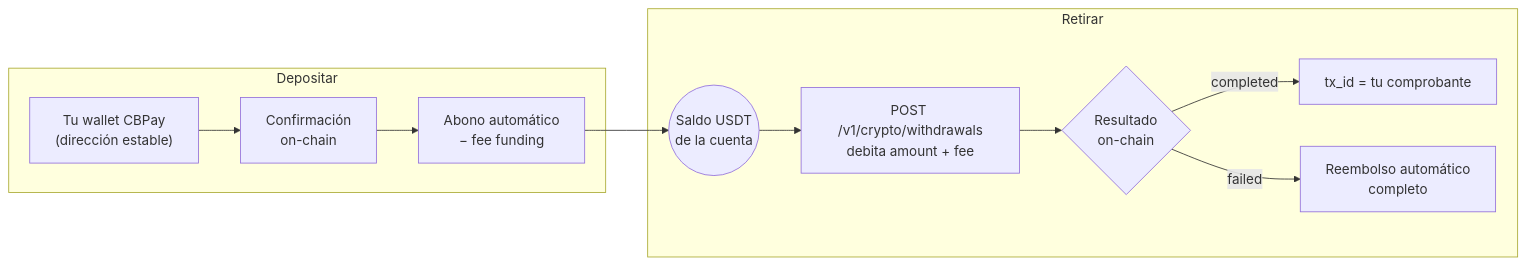
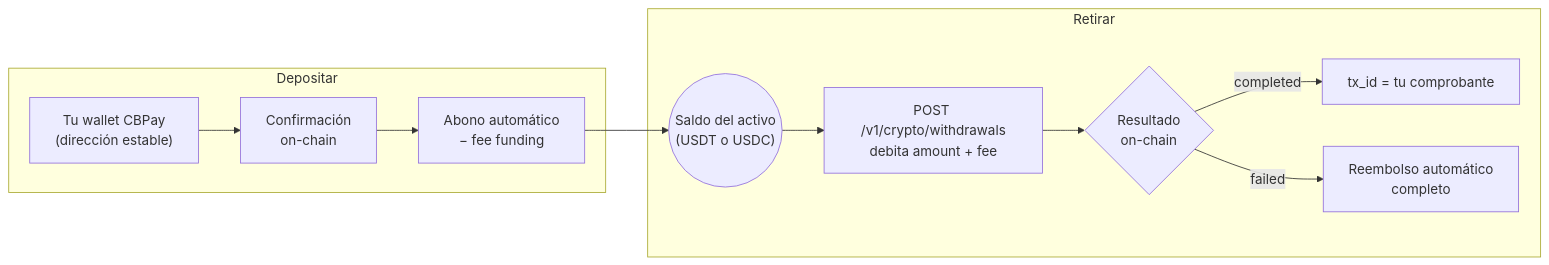
Before and after one commit to SaturoS17/docs: diagram 18 of 24 in CBPAY_DOCUMENTACION.md, drawn with Mermaid. The commit also changed other lines of this file and 21 other files, not shown here.

Commit message:
docs: saldos virtuales multi-moneda USDT/USDC/BTC/GOLD (v1.26)

````diff
--- a/CBPAY_DOCUMENTACION.md
+++ b/CBPAY_DOCUMENTACION.md
@@ -2966,14 +3060,14 @@
 ```mermaid
 flowchart LR
     subgraph entrada [Depositar]
         wallet["Tu wallet CBPay<br/>(dirección estable)"] --> confirmado["Confirmación<br/>on-chain"]
         confirmado --> abono["Abono automático<br/>− fee funding"]
     end
-    abono --> saldo(("Saldo USDT<br/>de la cuenta"))
+    abono --> saldo(("Saldo del activo<br/>(USDT o USDC)"))
     subgraph salida [Retirar]
         saldo --> retiro["POST /v1/crypto/withdrawals<br/>debita amount + fee"]
         retiro --> onchain{"Resultado<br/>on-chain"}
         onchain -->|"completed"| txid["tx_id = tu comprobante"]
         onchain -->|"failed"| refund["Reembolso automático<br/>completo"]
     end
 ```
````
